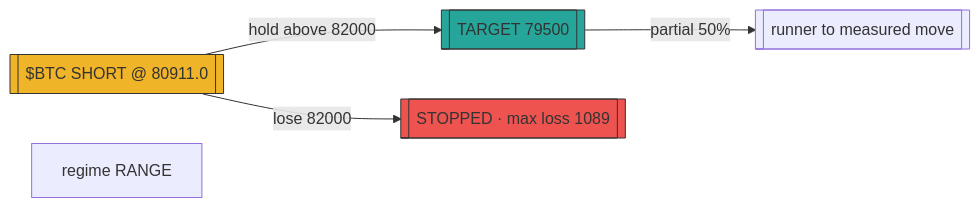
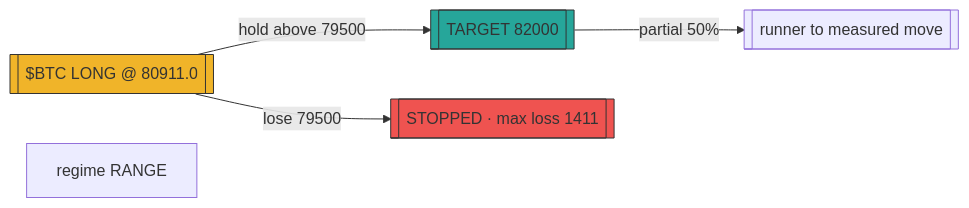
One commit to prx0r/BEAR changed the diagram in astronomer/data/proveout_posts_astronomer_zero/2051507030263787541.mmd. Above: the diagram before and after it, drawn with Mermaid. The commit also changed 586 other files, not shown here.

```diff
--- a/astronomer/data/proveout_posts_astronomer_zero/2051507030263787541.mmd
+++ b/astronomer/data/proveout_posts_astronomer_zero/2051507030263787541.mmd
@@ -1,9 +1,9 @@
 flowchart LR
-    sig[["$BTC SHORT @ 80911.0"]]
-    sig -->|"hold above 82000"| tgt[["TARGET 79500"]]
-    sig -->|"lose 82000"| stp[["STOPPED · max loss 1089"]]
+    sig[["$BTC LONG @ 80911.0"]]
+    sig -->|"hold above 79500"| tgt[["TARGET 82000"]]
+    sig -->|"lose 79500"| stp[["STOPPED · max loss 1411"]]
     tgt -->|"partial 50%"| t2[["runner to measured move"]]
     style sig fill:#f0b429,stroke:#333
     style tgt fill:#26a69a,stroke:#333
     style stp fill:#ef5350,stroke:#333
     sub["regime RANGE" ]
```
